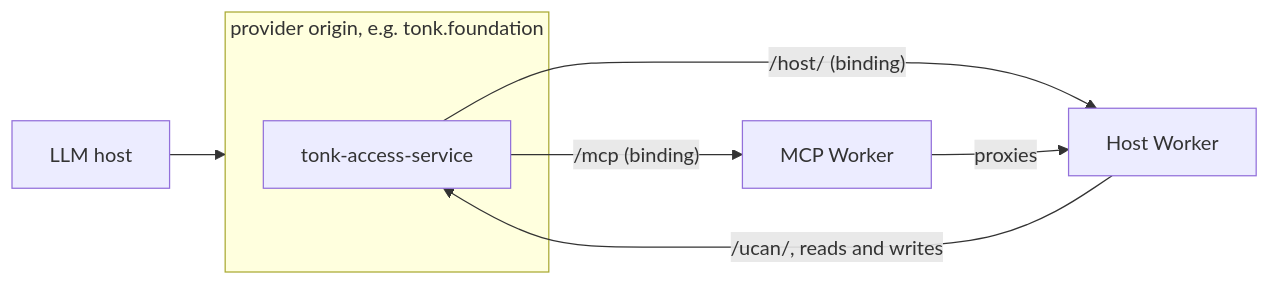
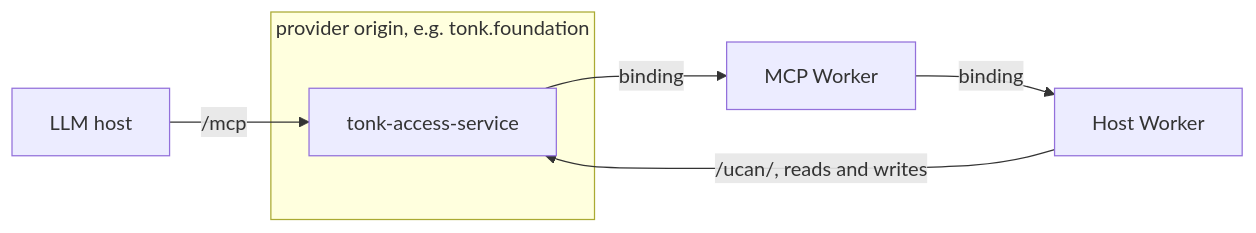
One commit to tonk-labs/tonk changed the third of 8 diagrams in plans/2026-10-28-hosted-agent-peer.md. Above: the diagram before and after it, drawn with Mermaid. The commit also changed other lines of this file, not shown here.

````diff
--- a/plans/2026-10-28-hosted-agent-peer.md
+++ b/plans/2026-10-28-hosted-agent-peer.md
@@ -93,11 +95,10 @@
 ```mermaid
 flowchart LR
-  client[LLM host] --> origin
+  client[LLM host] -- "/mcp" --> access
   subgraph origin[provider origin, e.g. tonk.foundation]
     access[tonk-access-service]
   end
-  access -- "/mcp (binding)" --> mcp[MCP Worker]
-  access -- "/host/ (binding)" --> host[Host Worker]
-  mcp -- "proxies" --> host
+  access -- "binding" --> mcp[MCP Worker]
+  mcp -- "binding" --> host[Host Worker]
   host -- "/ucan/, reads and writes" --> access
 ```
````
